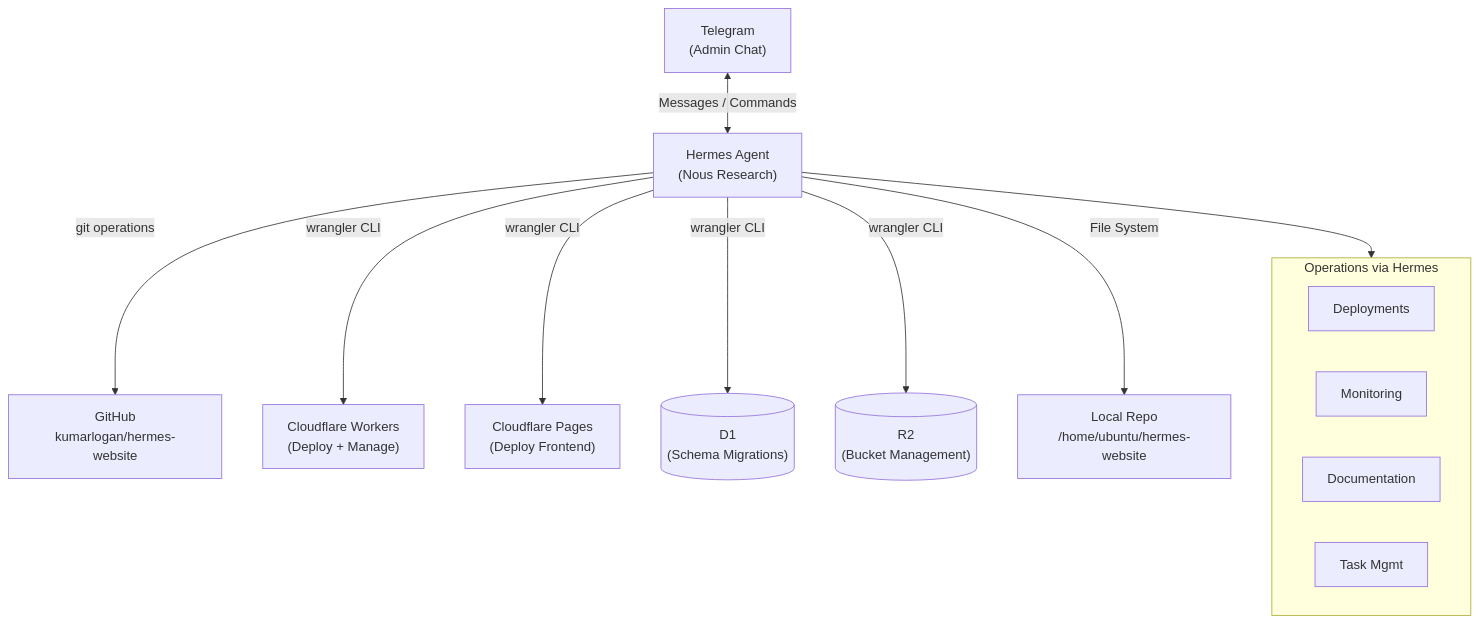
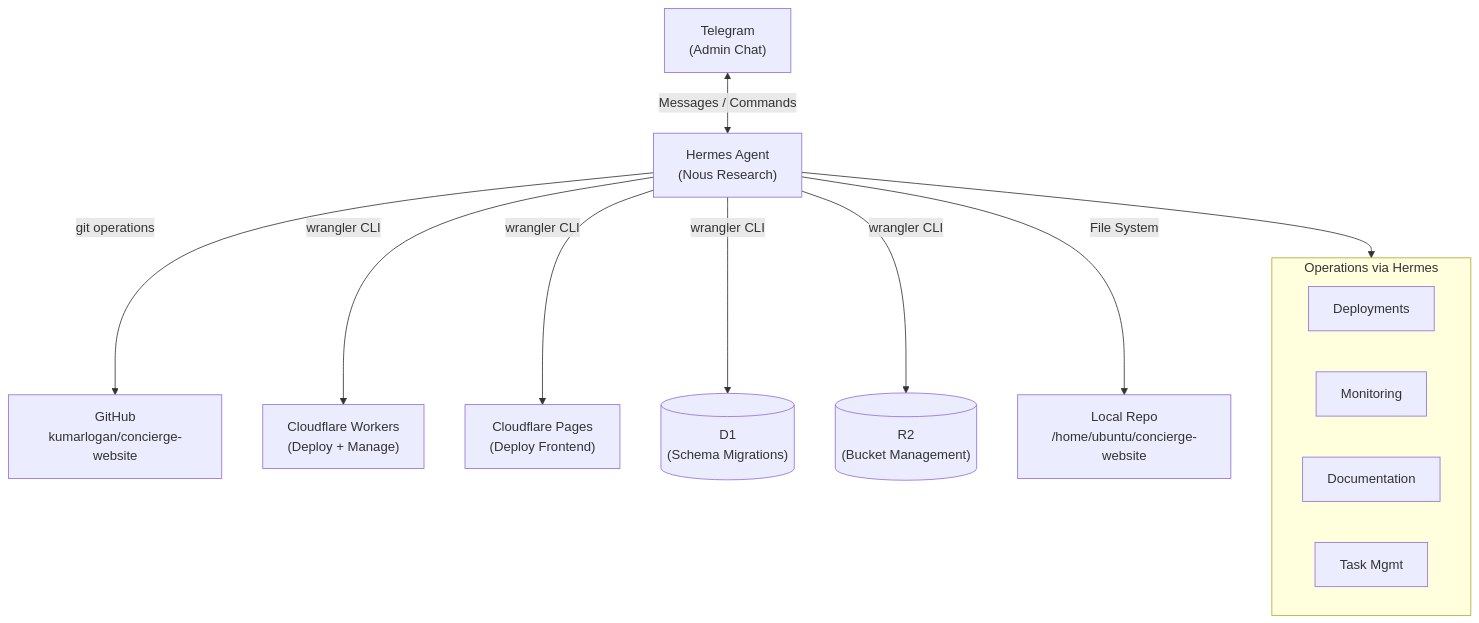
The fifth of 6 diagrams in ARCHITECTURE.md (kumarlogan/concierge-website), drawn with Mermaid before and after one commit. The commit also changed other lines of this file and 278 other files, not shown here.

````diff
--- a/ARCHITECTURE.md
+++ b/ARCHITECTURE.md
@@ -679,21 +698,21 @@
 ```mermaid
 graph TD
     Telegram["Telegram<br/>(Admin Chat)"] <-->|Messages / Commands| Hermes["Hermes Agent<br/>(Nous Research)"]
 
-    Hermes -->|git operations| GitHub["GitHub<br/>kumarlogan/hermes-website"]
+    Hermes -->|git operations| GitHub["GitHub<br/>kumarlogan/concierge-website"]
     Hermes -->|wrangler CLI| CFWorkers["Cloudflare Workers<br/>(Deploy + Manage)"]
     Hermes -->|wrangler CLI| CFPages["Cloudflare Pages<br/>(Deploy Frontend)"]
     Hermes -->|wrangler CLI| D1[("D1<br/>(Schema Migrations)")]
     Hermes -->|wrangler CLI| R2[("R2<br/>(Bucket Management)")]
-    Hermes -->|File System| Repo["Local Repo<br/>/home/ubuntu/hermes-website"]
+    Hermes -->|File System| Repo["Local Repo<br/>/home/ubuntu/concierge-website"]
 
     subgraph Ops["Operations via Hermes"]
         direction LR
         Deploy["Deployments"]
         Monitor["Monitoring"]
         Docs["Documentation"]
         Tasks["Task Mgmt"]
     end
 
     Hermes --> Ops
 ```
````
